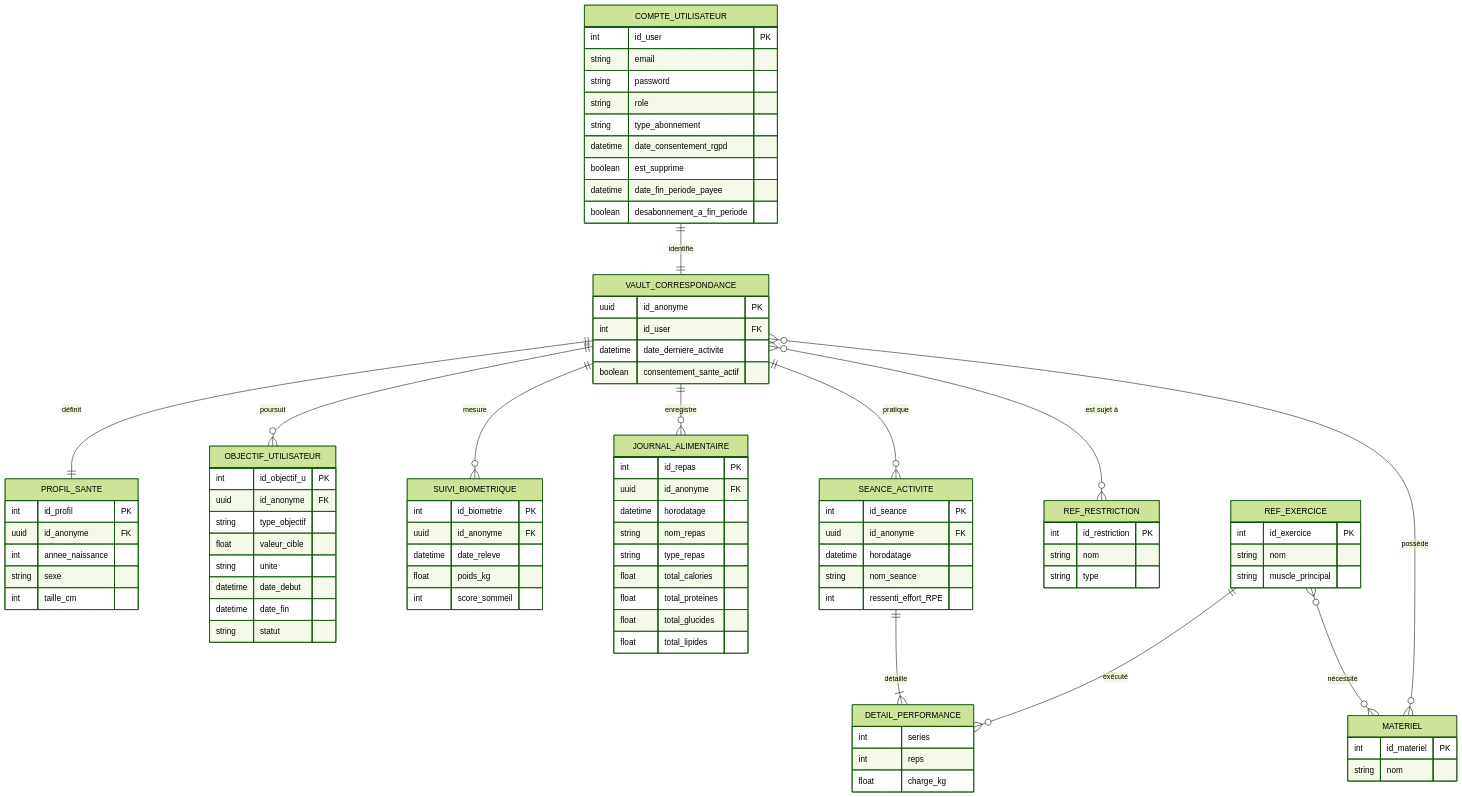
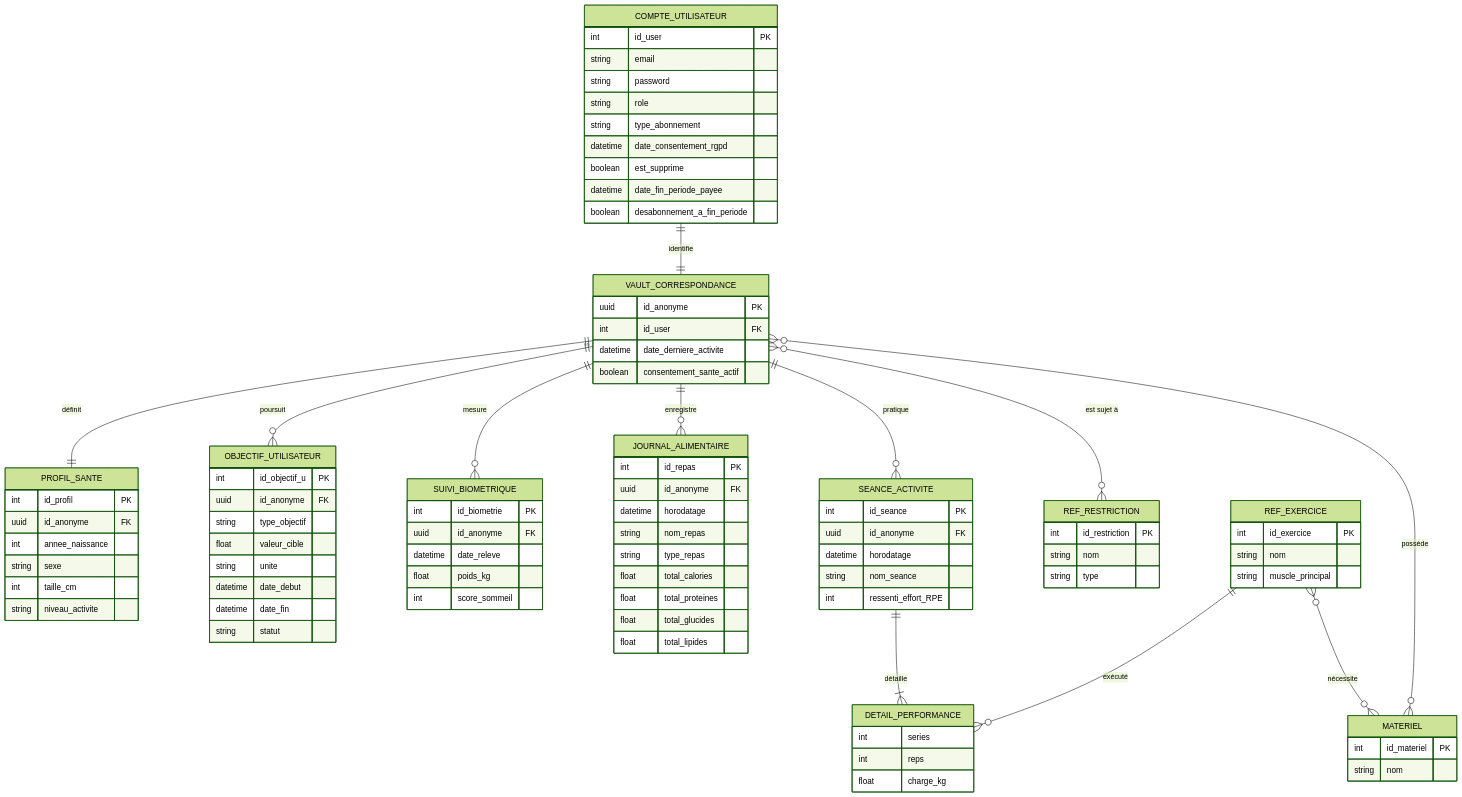
Before and after one commit to Gwendal-Ferlin/MSPR502_BDD_Python: the diagram in README.md, drawn with Mermaid (forest theme). The commit also changed other lines of this file and 5 other files, not shown here.

```diff
--- a/README.md
+++ b/README.md
@@ -136,6 +143,7 @@
         int annee_naissance
         string sexe
         int taille_cm
+        string niveau_activite
     }
     OBJECTIF_UTILISATEUR {
         int id_objectif_u PK
```
